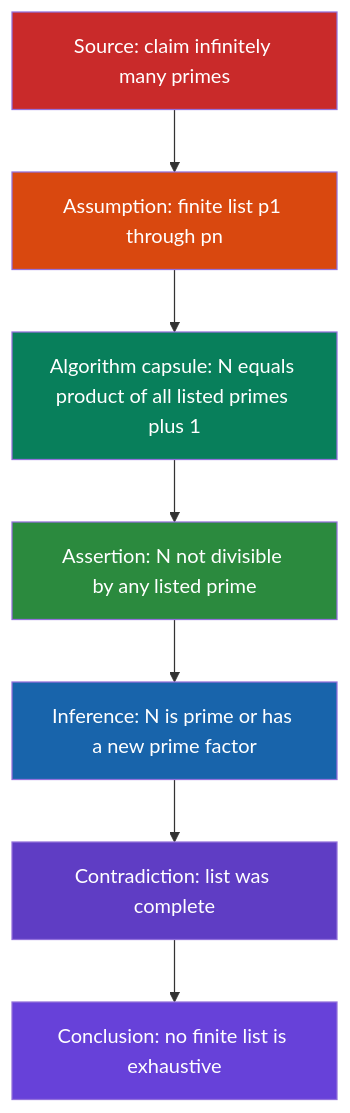
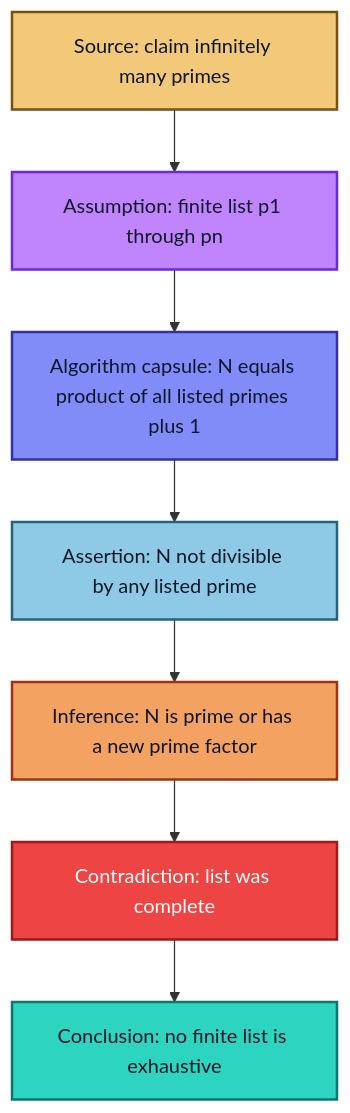
One commit to garywelz/progframe changed the third of 8 diagrams in collaborations/mathematics-database/algorithms-axiomatic-theories-proofs-revised.md. Above: the diagram before and after it, drawn with Mermaid. The commit also changed other lines of this file and 13 other files, not shown here.

````diff
--- a/collaborations/mathematics-database/algorithms-axiomatic-theories-proofs-revised.md
+++ b/collaborations/mathematics-database/algorithms-axiomatic-theories-proofs-revised.md
@@ -268,18 +271,26 @@
 ```mermaid
 flowchart TD
     A["Source: claim infinitely many primes"]
     B["Assumption: finite list p1 through pn"]
     C["Algorithm capsule: N equals product of all listed primes plus 1"]
     D["Assertion: N not divisible by any listed prime"]
     E["Inference: N is prime or has a new prime factor"]
     F["Contradiction: list was complete"]
     G["Conclusion: no finite list is exhaustive"]
     A --> B --> C --> D --> E --> F --> G
-    style A fill:#c92a2a,color:#fff
-    style B fill:#d9480f,color:#fff
-    style C fill:#087f5b,color:#fff
-    style D fill:#2b8a3e,color:#fff
-    style E fill:#1864ab,color:#fff
-    style F fill:#5f3dc4,color:#fff
-    style G fill:#6741d9,color:#fff
+    classDef proofSource fill:#f2c879,stroke:#7a4f12,color:#0f172a,stroke-width:2px
+    classDef proofAssumption fill:#c084fc,stroke:#6d28d9,color:#0f172a,stroke-width:2px
+    classDef proofConstruction fill:#8fbc5a,stroke:#3f6212,color:#0f172a,stroke-width:2px
+    classDef proofAssertion fill:#8ecae6,stroke:#25637a,color:#0f172a,stroke-width:2px
+    classDef proofInference fill:#f4a261,stroke:#9a3412,color:#0f172a,stroke-width:2px
+    classDef proofAlgorithm fill:#818cf8,stroke:#3730a3,color:#0f172a,stroke-width:2px
+    classDef proofContradiction fill:#ef4444,stroke:#991b1b,color:#ffffff,stroke-width:2px
+    classDef proofConclusion fill:#2dd4bf,stroke:#0f766e,color:#0f172a,stroke-width:2px
+    class A proofSource
+    class B proofAssumption
+    class C proofAlgorithm
+    class D proofAssertion
+    class E proofInference
+    class F proofContradiction
+    class G proofConclusion
 ```
````
